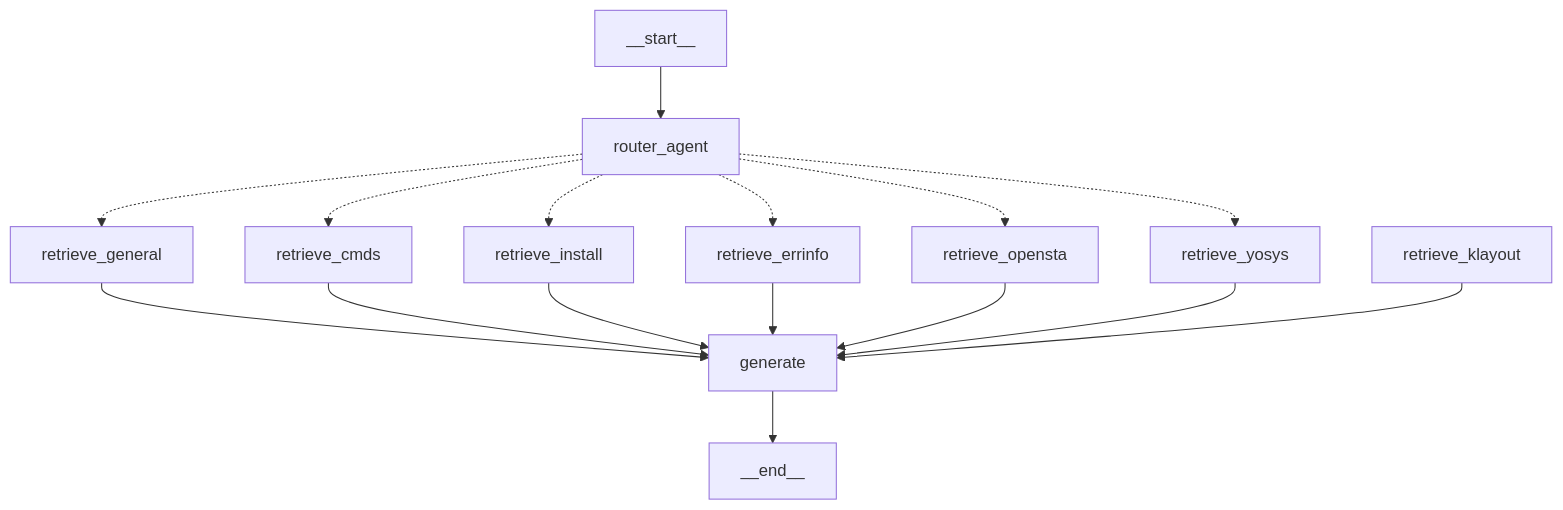
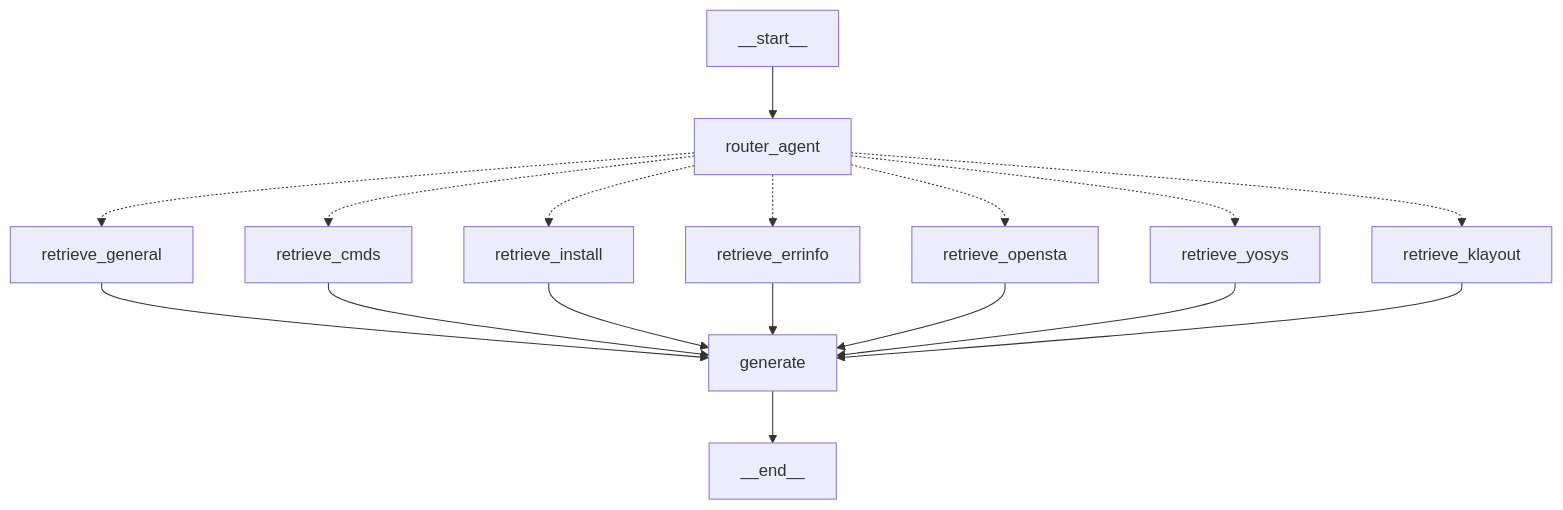
One commit to The-OpenROAD-Project/ORAssistant changed the second of 2 diagrams in README.md. Above: the diagram before and after it, drawn with Mermaid. The commit also changed other lines of this file, not shown here.

Commit message:
fix mermaid + citation

````diff
--- a/README.md
+++ b/README.md
@@ -155,18 +155,19 @@
 ```mermaid
 graph TD
     __start__ --> router_agent
     router_agent -.-> retrieve_general
     router_agent -.-> retrieve_cmds
     router_agent -.-> retrieve_install
     router_agent -.-> retrieve_errinfo
     router_agent -.-> retrieve_opensta
     router_agent -.-> retrieve_yosys
+    router_agent -.-> retrieve_klayout
     retrieve_general --> generate
     retrieve_cmds --> generate
     retrieve_install --> generate
     retrieve_errinfo --> generate
     retrieve_opensta --> generate
     retrieve_yosys --> generate
     retrieve_klayout --> generate
     generate --> __end__
 ```
````
